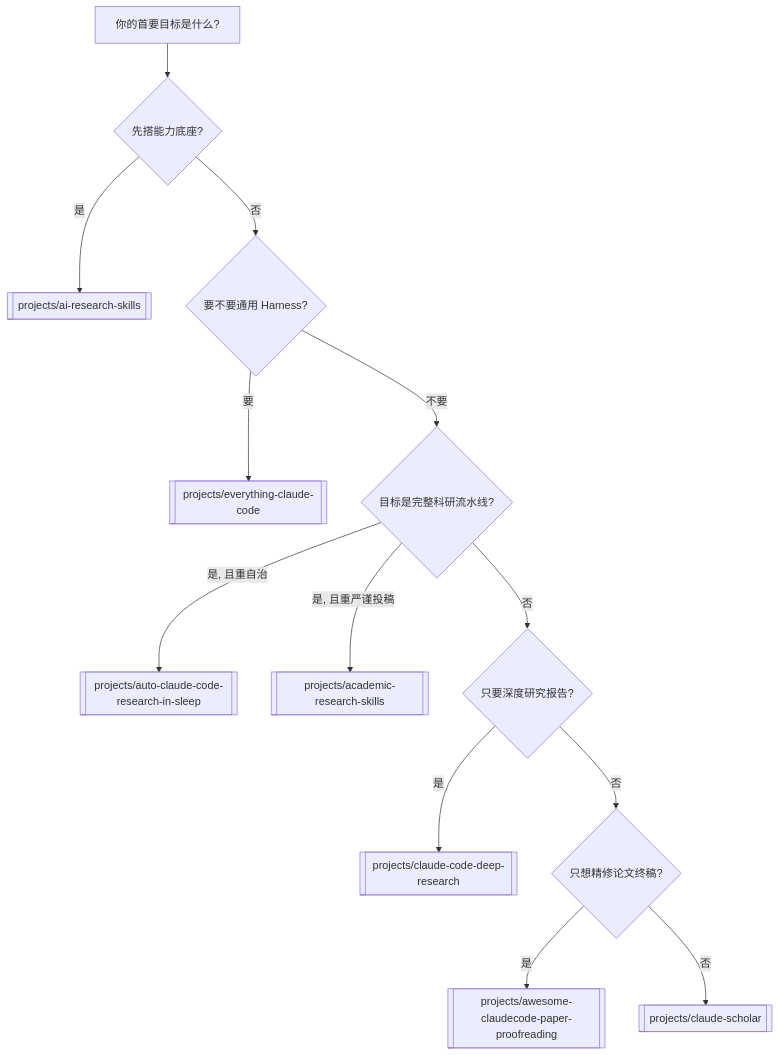
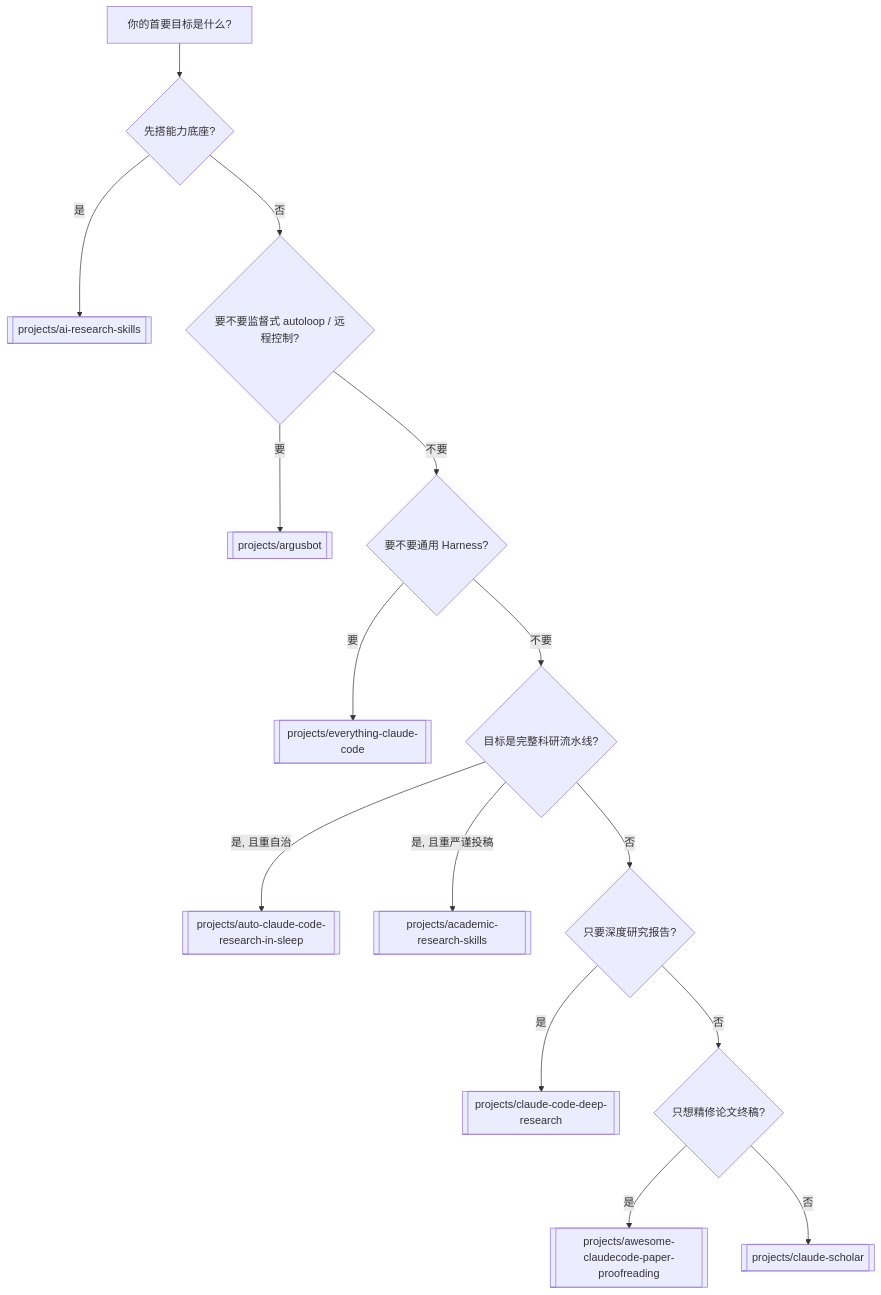
The second of 2 diagrams in docs/summary/academic-research-agents-overview.md (Kozmosa/scholar-agent), drawn with Mermaid before and after one commit. The commit also changed other lines of this file and 10 other files, not shown here.

````diff
--- a/docs/summary/academic-research-agents-overview.md
+++ b/docs/summary/academic-research-agents-overview.md
@@ -63,16 +75,18 @@
 ```mermaid
 flowchart TD
     A[你的首要目标是什么?]
     A --> B{先搭能力底座?}
     B -->|是| C[[projects/ai-research-skills]]
-    B -->|否| D{要不要通用 Harness?}
-    D -->|要| E[[projects/everything-claude-code]]
-    D -->|不要| F{目标是完整科研流水线?}
-    F -->|是, 且重自治| G[[projects/auto-claude-code-research-in-sleep]]
-    F -->|是, 且重严谨投稿| H[[projects/academic-research-skills]]
-    F -->|否| I{只要深度研究报告?}
-    I -->|是| J[[projects/claude-code-deep-research]]
-    I -->|否| K{只想精修论文终稿?}
-    K -->|是| L[[projects/awesome-claudecode-paper-proofreading]]
-    K -->|否| M[[projects/claude-scholar]]
+    B -->|否| D{要不要监督式 autoloop / 远程控制?}
+    D -->|要| E[[projects/argusbot]]
+    D -->|不要| F{要不要通用 Harness?}
+    F -->|要| G[[projects/everything-claude-code]]
+    F -->|不要| H{目标是完整科研流水线?}
+    H -->|是, 且重自治| I[[projects/auto-claude-code-research-in-sleep]]
+    H -->|是, 且重严谨投稿| J[[projects/academic-research-skills]]
+    H -->|否| K{只要深度研究报告?}
+    K -->|是| L[[projects/claude-code-deep-research]]
+    K -->|否| M{只想精修论文终稿?}
+    M -->|是| N[[projects/awesome-claudecode-paper-proofreading]]
+    M -->|否| O[[projects/claude-scholar]]
 ```
````
